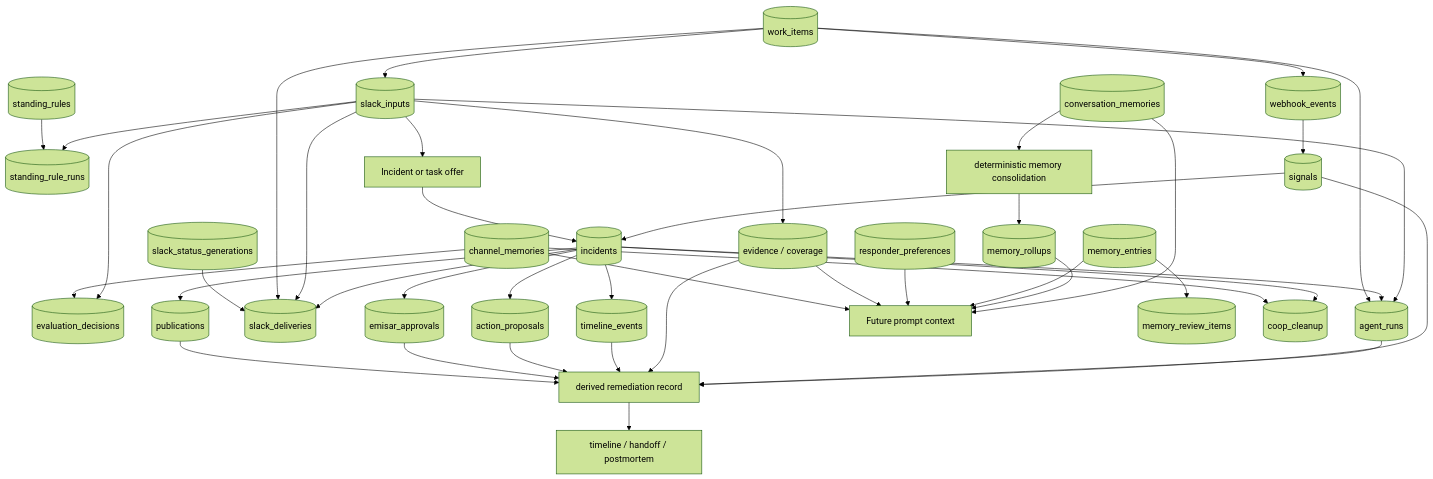
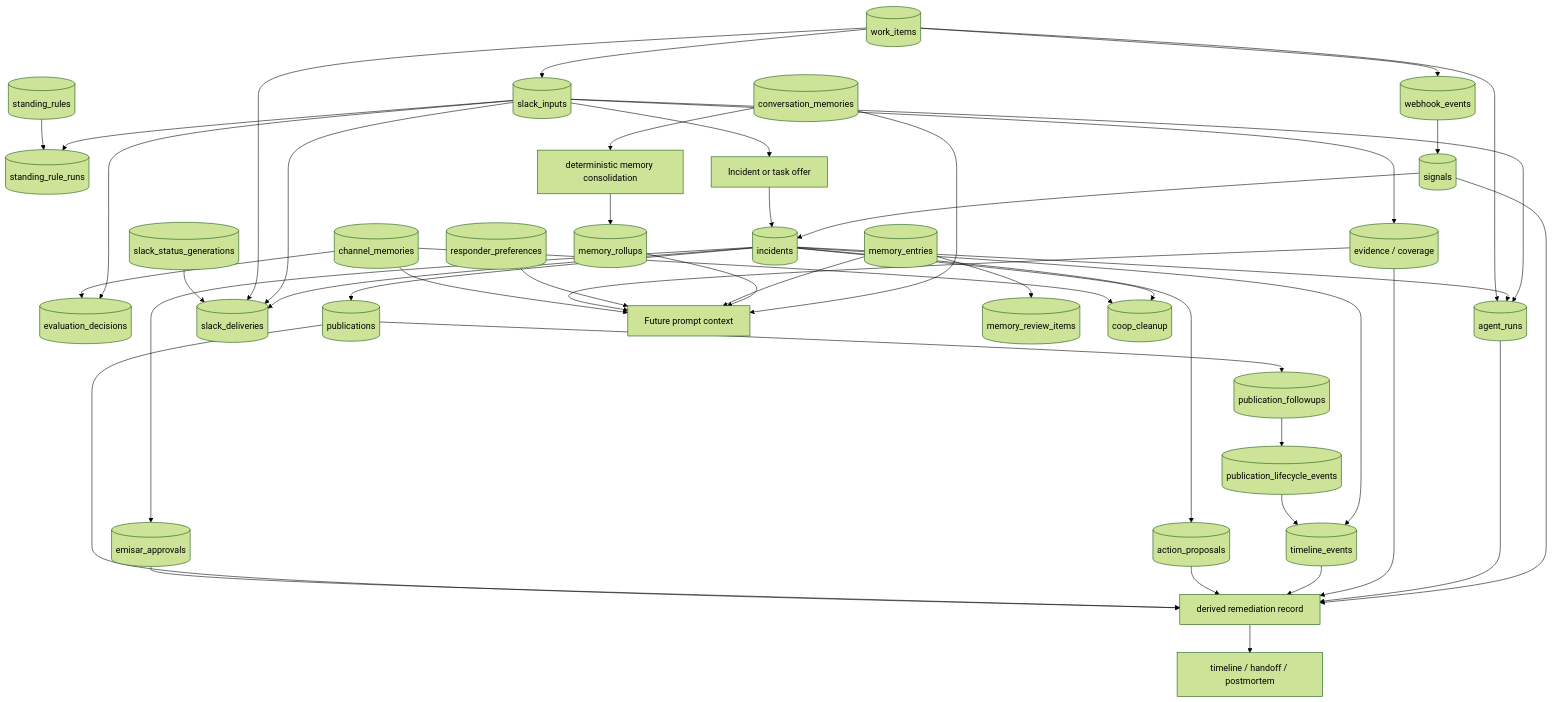
One commit to AndrewDryga/ryker changed diagram 11 of 11 in docs/how-responder-works.md. Above: the diagram before and after it, drawn with Mermaid (forest theme). The commit also changed other lines of this file and 22 other files, not shown here.

````diff
--- a/docs/how-responder-works.md
+++ b/docs/how-responder-works.md
@@ -608,49 +611,52 @@
 ```mermaid
 flowchart TB
   SlackInput[("slack_inputs")] --> Evaluation[("evaluation_decisions")]
   SlackInput --> RuleRun[("standing_rule_runs")]
   SlackInput --> Evidence[("evidence / coverage")]
   SlackInput --> WorkOffer["Incident or task offer"]
 
   Webhook[("webhook_events")] --> Signals[("signals")]
   Signals --> Incident[("incidents")]
   WorkOffer --> Incident
 
   SlackInput --> AgentRuns[("agent_runs")]
   Incident --> AgentRuns
   Incident --> Deliveries[("slack_deliveries")]
   SlackInput --> Deliveries
   Incident --> Timeline[("timeline_events")]
   Incident --> Proposals[("action_proposals")]
   Incident --> Approvals[("emisar_approvals")]
   Incident --> Publication[("publications")]
+  Publication --> PublicationFollowup[("publication_followups")]
+  PublicationFollowup --> PublicationEvents[("publication_lifecycle_events")]
 
   Signals --> Remediation["derived remediation record"]
   AgentRuns --> Remediation
   Evidence --> Remediation
   Timeline --> Remediation
   Proposals --> Remediation
   Approvals --> Remediation
   Publication --> Remediation
+  PublicationEvents --> Timeline
   Remediation --> SlackViews["timeline / handoff / postmortem"]
 
   ChannelMemory[("channel_memories")] --> Evaluation
   ConversationMemory[("conversation_memories")] --> PromptContext
   ConversationMemory --> Dreaming["deterministic memory consolidation"]
   Dreaming --> Rollups[("memory_rollups")]
   Rollups --> PromptContext
   Memory[("memory_entries")] --> PromptContext["Future prompt context"]
   Memory --> Reviews[("memory_review_items")]
   Preferences[("responder_preferences")] --> PromptContext
   Rules[("standing_rules")] --> RuleRun
   Evidence --> PromptContext
   ChannelMemory --> PromptContext
 
   Incident --> Cleanup[("coop_cleanup")]
   ChannelMemory --> Cleanup
   Scheduler[("work_items")] --> SlackInput
   Scheduler --> Webhook
   Scheduler --> AgentRuns
   Scheduler --> Deliveries
   StatusGeneration[("slack_status_generations")] --> Deliveries
 ```
````
